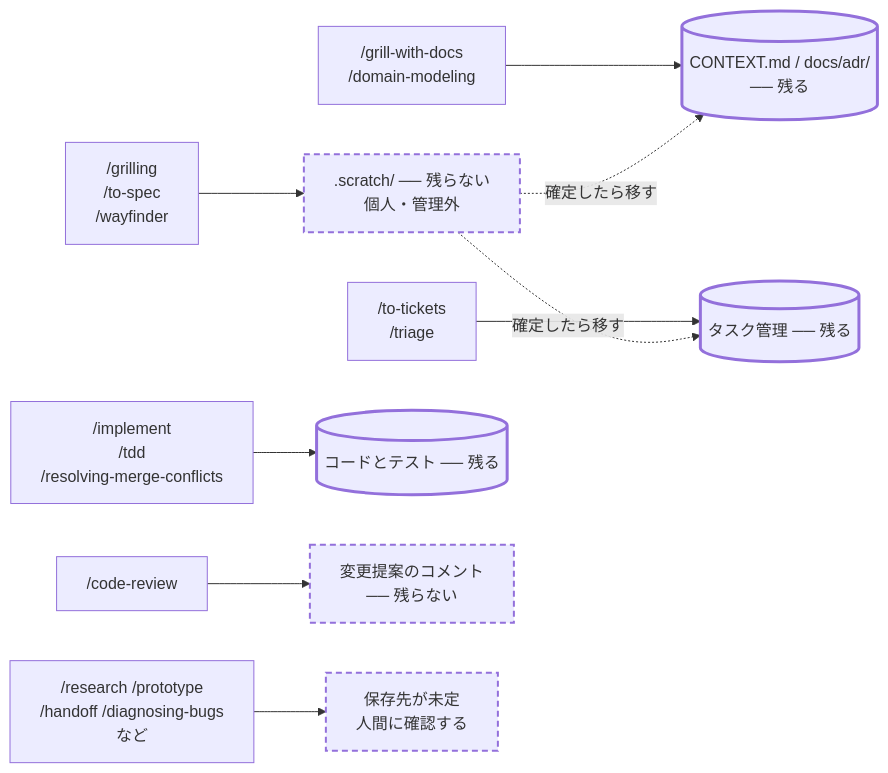
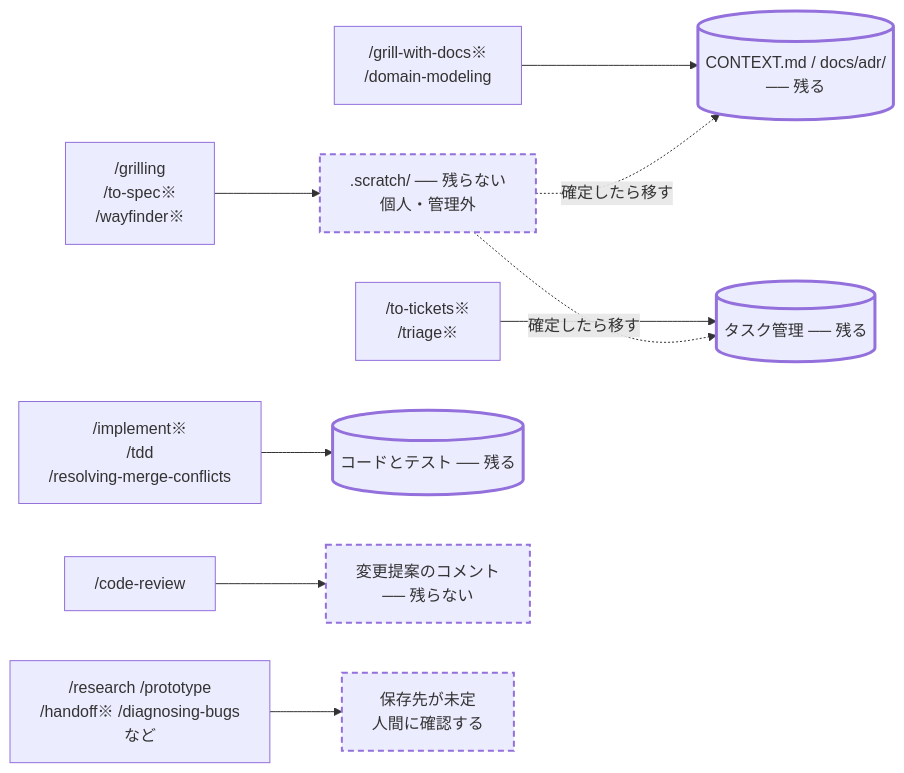
The second of 2 diagrams in docs/workflow.md (hirunefu/my-development-template-for-github-copilot), drawn with Mermaid before and after one commit. The commit also changed other lines of this file and 7 other files, not shown here.

````diff
--- a/docs/workflow.md
+++ b/docs/workflow.md
@@ -90,25 +92,25 @@
 ```mermaid
 flowchart LR
-    s1["/grilling<br/>/to-spec<br/>/wayfinder"] --> scratch
-    s2["/grill-with-docs<br/>/domain-modeling"] --> mem
-    s3["/to-tickets<br/>/triage"] --> task
-    s4["/implement<br/>/tdd<br/>/resolving-merge-conflicts"] --> code
+    s1["/grilling<br/>/to-spec※<br/>/wayfinder※"] --> scratch
+    s2["/grill-with-docs※<br/>/domain-modeling"] --> mem
+    s3["/to-tickets※<br/>/triage※"] --> task
+    s4["/implement※<br/>/tdd<br/>/resolving-merge-conflicts"] --> code
     s5["/code-review"] --> pr
-    s6["/research /prototype<br/>/handoff /diagnosing-bugs<br/>など"] --> ask
+    s6["/research /prototype<br/>/handoff※ /diagnosing-bugs<br/>など"] --> ask
 
     scratch[".scratch/ ── 残らない<br/>個人・管理外"]
     pr["変更提案のコメント<br/>── 残らない"]
     ask["保存先が未定<br/>人間に確認する"]
 
     mem[("CONTEXT.md / docs/adr/<br/>── 残る")]
     task[("タスク管理 ── 残る")]
     code[("コードとテスト ── 残る")]
 
     scratch -. 確定したら移す .-> mem
     scratch -. 確定したら移す .-> task
 
     classDef gone stroke-dasharray:6 4,stroke-width:2px
     classDef kept stroke-width:3px
     class scratch,pr,ask gone
     class mem,task,code kept
 ```
````
